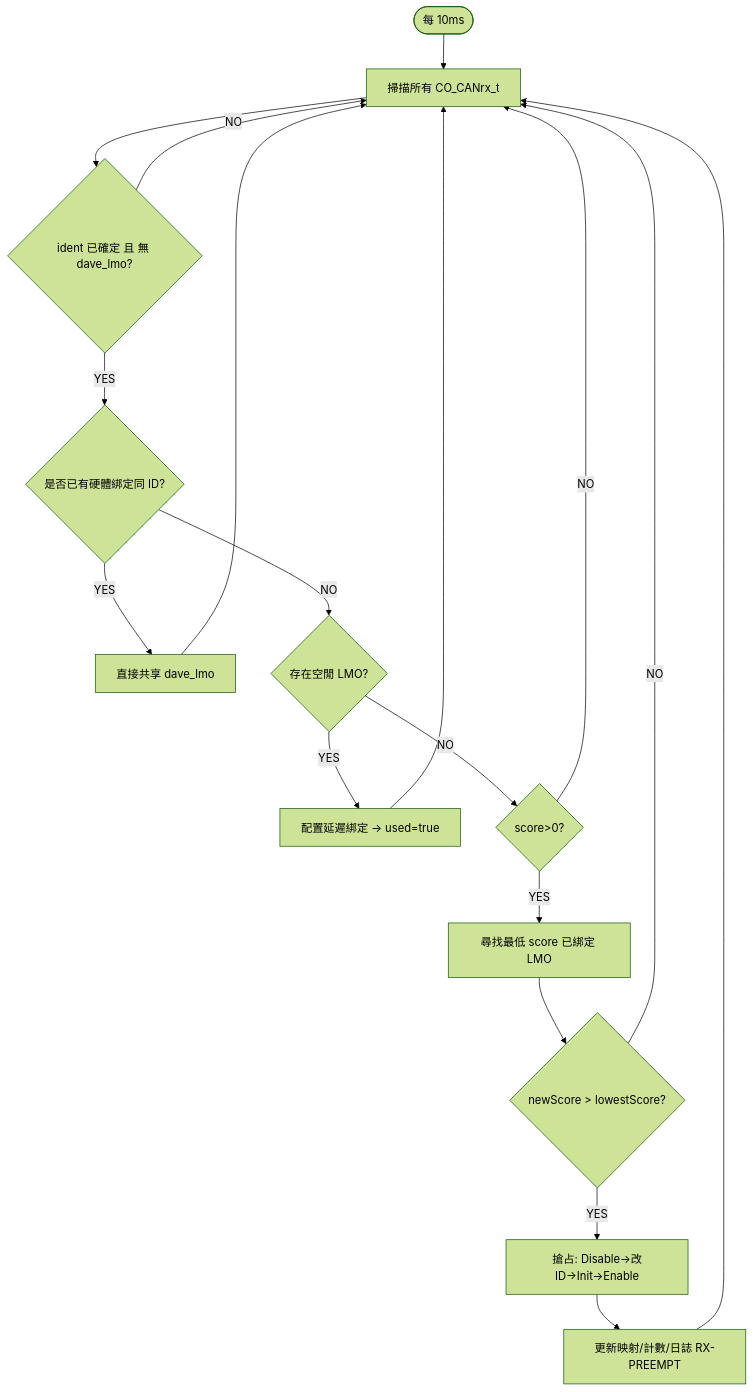
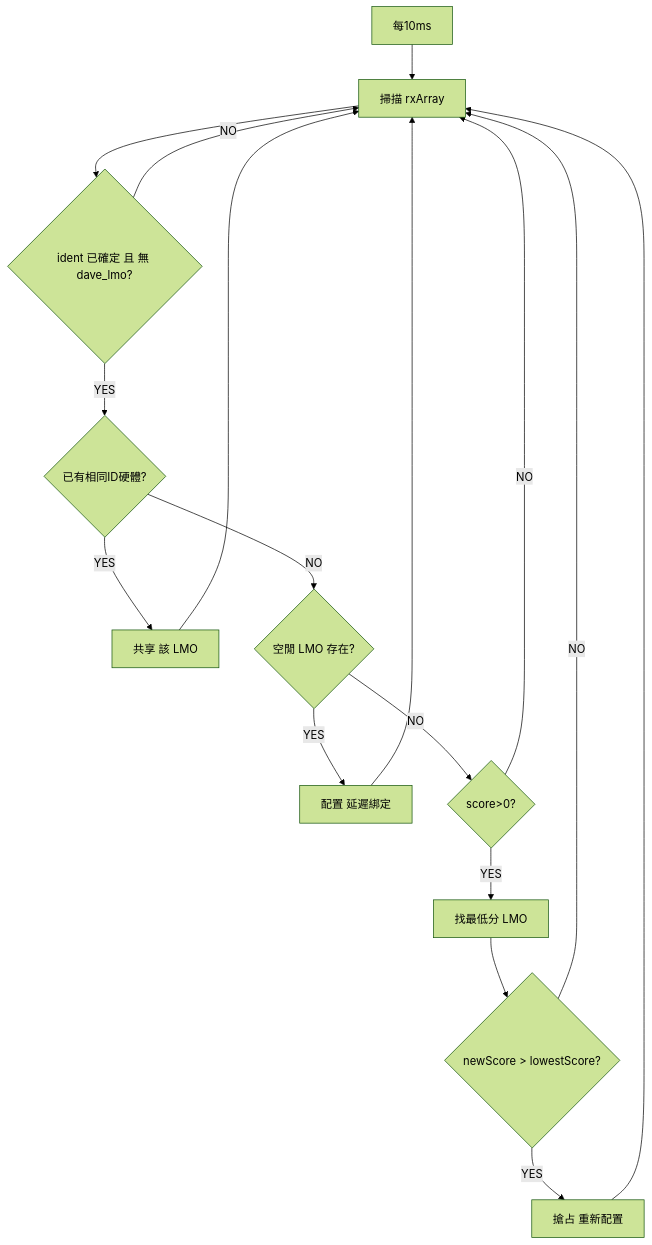
One commit to benchen2001/CANopen-XMC4800 changed the sixth of 13 diagrams in 流程圖.md. Above: the diagram before and after it, drawn with Mermaid (forest theme). The commit also changed other lines of this file, not shown here.

````diff
--- a/流程圖.md
+++ b/流程圖.md
@@ -142,18 +142,16 @@
 ```mermaid
 flowchart TD
-    T([每 10ms]) --> A[掃描所有 CO_CANrx_t]
+    T[每10ms] --> A[掃描 rxArray]
     A --> B{ident 已確定 且 無 dave_lmo?}
     B -->|NO| A
-    B -->|YES| C{是否已有硬體綁定同 ID?}
-    C -->|YES| C1[直接共享 dave_lmo] --> A
-    C -->|NO| D{存在空閒 LMO?}
-    D -->|YES| D1[配置延遲綁定 → used=true] --> A
+    B -->|YES| C{已有相同ID硬體?}
+    C -->|YES| C1[共享 該 LMO] --> A
+    C -->|NO| D{空閒 LMO 存在?}
+    D -->|YES| D1[配置 延遲綁定] --> A
     D -->|NO| E{score>0?}
     E -->|NO| A
-    E -->|YES| F[尋找最低 score 已綁定 LMO]
+    E -->|YES| F[找最低分 LMO]
     F --> G{newScore > lowestScore?}
     G -->|NO| A
-    G -->|YES| H[搶占: Disable→改ID→Init→Enable]
-    H --> I[更新映射/計數/日誌 RX-PREEMPT]
-    I --> A
+    G -->|YES| H[搶占 重新配置] --> A
 ```
````
